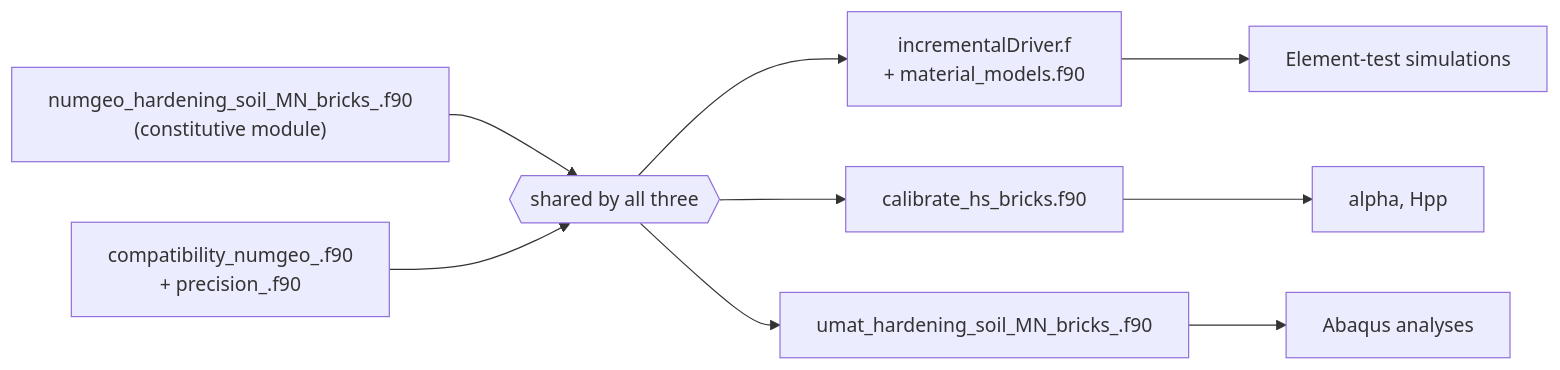
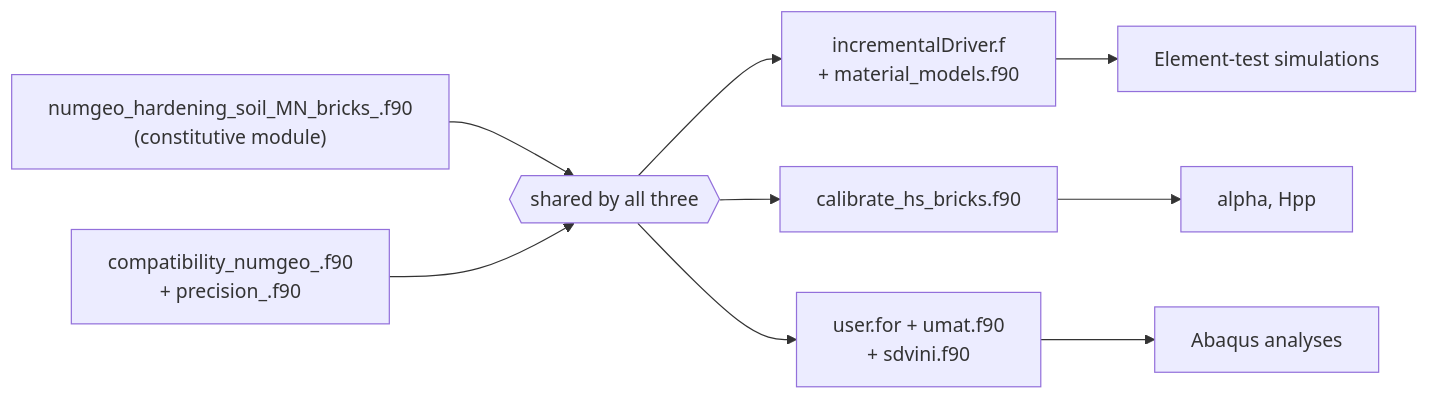
The diagram in docs/index.md (kengwit/numgeo-hardening-soil-bricks), drawn with Mermaid before and after one commit. The commit also changed other lines of this file and 18 other files, not shown here.

````diff
--- a/docs/index.md
+++ b/docs/index.md
@@ -73,11 +74,11 @@
 ```mermaid
 flowchart LR
     M["numgeo_hardening_soil_MN_bricks_.f90<br/>(constitutive module)"] --> A
     C["compatibility_numgeo_.f90<br/>+ precision_.f90"] --> A{{shared by all three}}
     A --> D["incrementalDriver.f<br/>+ material_models.f90"]
     A --> E["calibrate_hs_bricks.f90"]
-    A --> F["umat_hardening_soil_MN_bricks_.f90"]
+    A --> F["user.for + umat.f90<br/>+ sdvini.f90"]
     D --> D2["Element-test simulations"]
     E --> E2["alpha, Hpp"]
     F --> F2["Abaqus analyses"]
 ```
````
